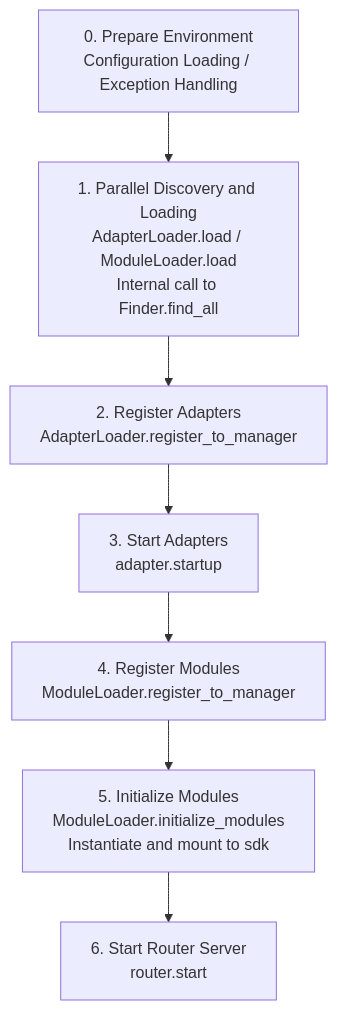
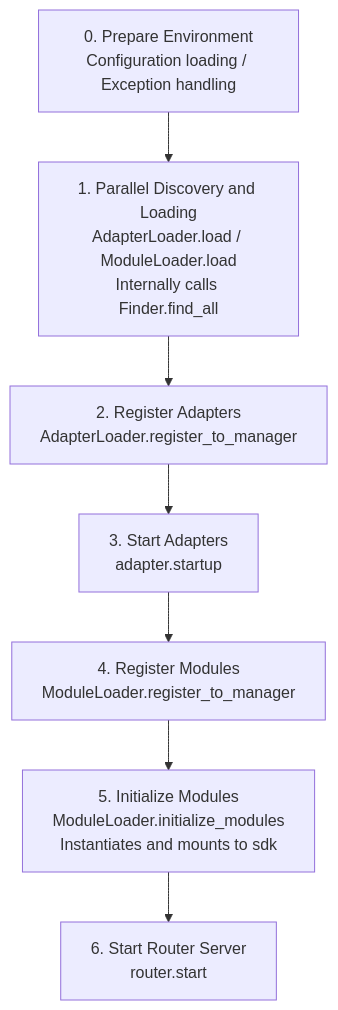
Before and after one commit to ErisPulse/ErisPulse: the diagram in docs/en/advanced/startup.md, drawn with Mermaid. The commit also changed other lines of this file and 43 other files, not shown here.

````diff
--- a/docs/en/advanced/startup.md
+++ b/docs/en/advanced/startup.md
@@ -27,10 +30,10 @@
 ```mermaid
 flowchart TD
-    A[0. Prepare Environment<br/>Configuration Loading / Exception Handling] --> B
-    B[1. Parallel Discovery and Loading<br/>AdapterLoader.load / ModuleLoader.load<br/>Internal call to Finder.find_all] --> C
+    A[0. Prepare Environment<br/>Configuration loading / Exception handling] --> B
+    B[1. Parallel Discovery and Loading<br/>AdapterLoader.load / ModuleLoader.load<br/>Internally calls Finder.find_all] --> C
     C[2. Register Adapters<br/>AdapterLoader.register_to_manager] --> D
     D[3. Start Adapters<br/>adapter.startup] --> E
     E[4. Register Modules<br/>ModuleLoader.register_to_manager] --> F
-    F[5. Initialize Modules<br/>ModuleLoader.initialize_modules<br/>Instantiate and mount to sdk] --> G
+    F[5. Initialize Modules<br/>ModuleLoader.initialize_modules<br/>Instantiates and mounts to sdk] --> G
     G[6. Start Router Server<br/>router.start]
 ```
````
